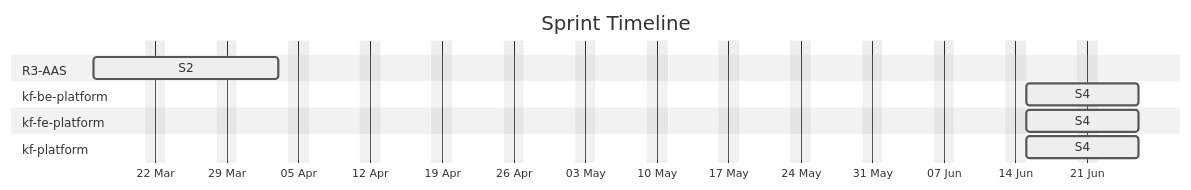
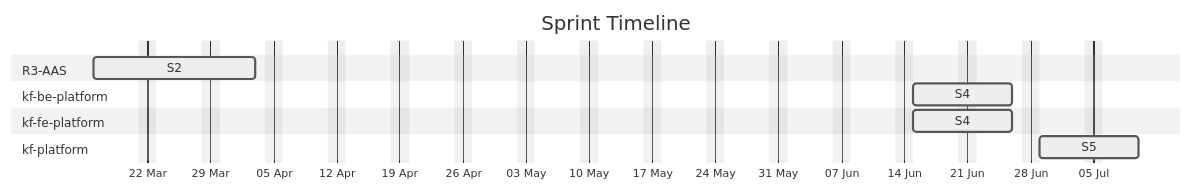
The diagram in docs/agile-sprints.md (Katty-Fashion/kf-cpto), drawn with Mermaid (neutral theme) before and after one commit. The commit also changed other lines of this file and 12 other files, not shown here.

````diff
--- a/docs/agile-sprints.md
+++ b/docs/agile-sprints.md
@@ -10,16 +10,16 @@
 ```mermaid
 gantt
     title Sprint Timeline
     dateFormat YYYY-MM-DD
     axisFormat %d %b
     excludes weekends
 
     section R3-AAS
     S2 :active, 2026-03-16, 2026-04-03
     section kf-be-platform
     S4 :active, 2026-06-15, 2026-06-26
     section kf-fe-platform
     S4 :active, 2026-06-15, 2026-06-26
     section kf-platform
-    S4 :active, 2026-06-15, 2026-06-26
+    S5 :active, 2026-06-29, 2026-07-10
 ```
````
